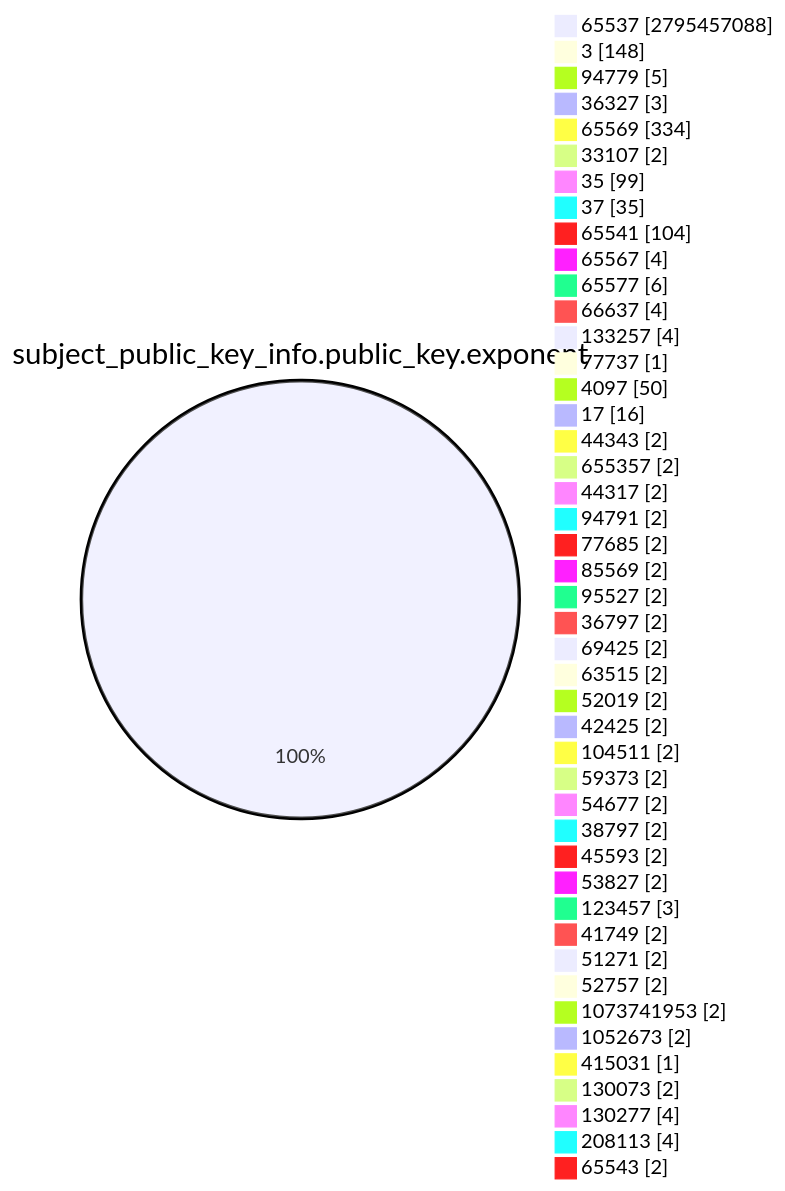
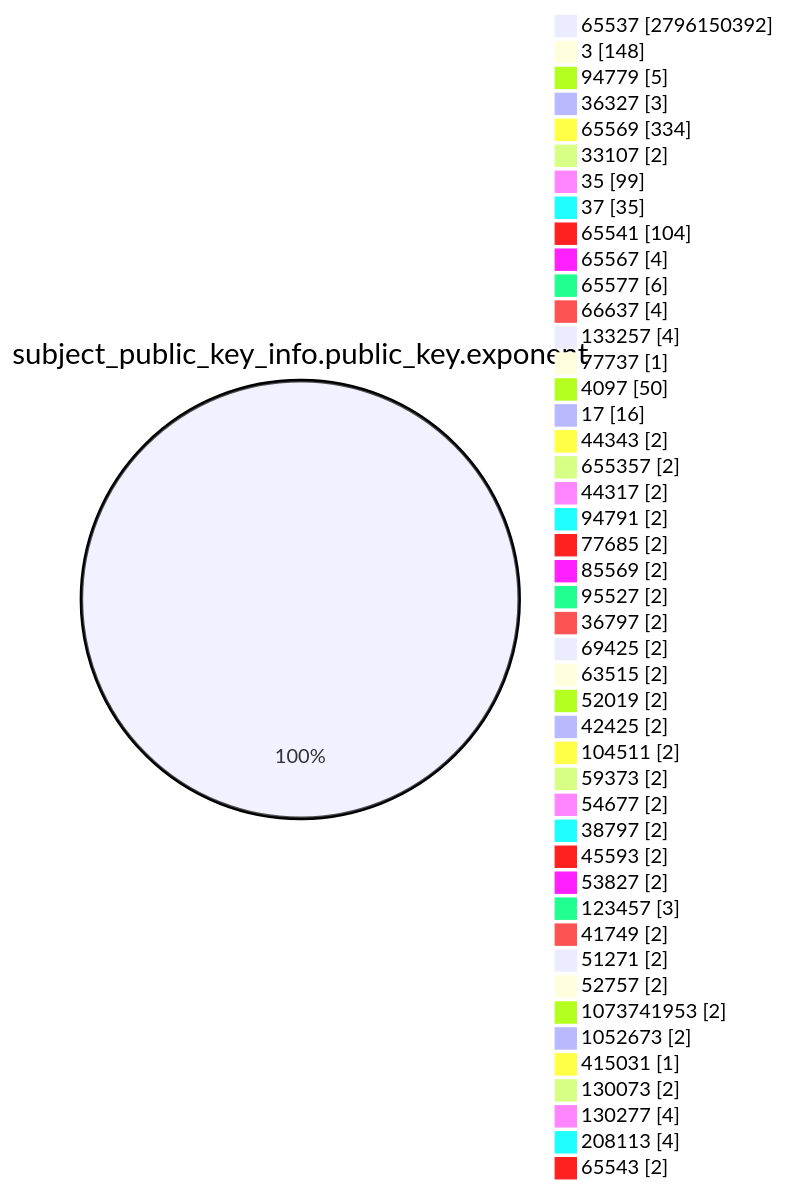
Before and after one commit to christiankrug/ctmonitor_visualization: the fourth of 15 diagrams in TOTAL/README.md, drawn with Mermaid. The commit also changed other lines of this file, not shown here.

````diff
--- a/TOTAL/README.md
+++ b/TOTAL/README.md
@@ -1467,49 +1467,49 @@
 ```mermaid
 pie showData
 title subject_public_key_info.public_key.exponent
-"65537" :2795457088
+"65537" :2796150392
 "3" :148
 "94779" :5
 "36327" :3
 "65569" :334
 "33107" :2
 "35" :99
 "37" :35
 "65541" :104
 "65567" :4
 "65577" :6
 "66637" :4
 "133257" :4
 "77737" :1
 "4097" :50
 "17" :16
 "44343" :2
 "655357" :2
 "44317" :2
 "94791" :2
 "77685" :2
 "85569" :2
 "95527" :2
 "36797" :2
 "69425" :2
 "63515" :2
 "52019" :2
 "42425" :2
 "104511" :2
 "59373" :2
 "54677" :2
 "38797" :2
 "45593" :2
 "53827" :2
 "123457" :3
 "41749" :2
 "51271" :2
 "52757" :2
 "1073741953" :2
 "1052673" :2
 "415031" :1
 "130073" :2
 "130277" :4
 "208113" :4
 "65543" :2
 ```
````
